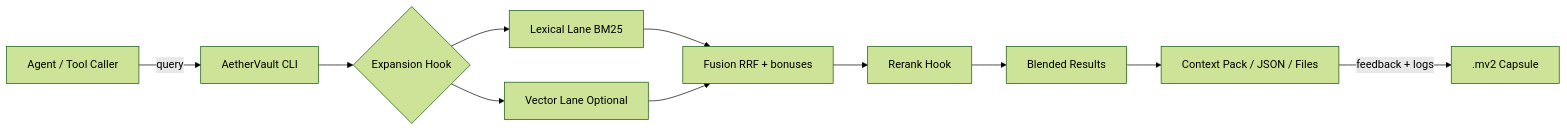
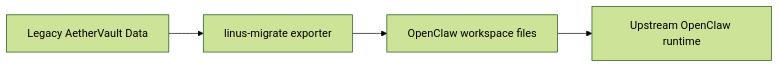
Before and after one commit to sunilkgrao/aethervault: the first of 2 diagrams in README.md, drawn with Mermaid (forest theme). The commit also changed other lines of this file and 24 other files, not shown here.

Commit message:
Refine OpenClaw orchestration and relationship regression coverage

````diff
--- a/README.md
+++ b/README.md
@@ -16,13 +23,6 @@
 ```mermaid
 flowchart LR
-  A[Agent / Tool Caller] -->|query| B[AetherVault CLI]
-  B --> C{Expansion Hook}
-  C --> D[Lexical Lane BM25]
-  C --> E[Vector Lane Optional]
-  D --> F[Fusion RRF + bonuses]
-  E --> F
-  F --> G[Rerank Hook]
-  G --> H[Blended Results]
-  H --> I[Context Pack / JSON / Files]
-  I -->|feedback + logs| J[.mv2 Capsule]
+  A[Legacy AetherVault Data] --> B[linus-migrate exporter]
+  B --> C[OpenClaw workspace files]
+  C --> D[Upstream OpenClaw runtime]
 ```
````
